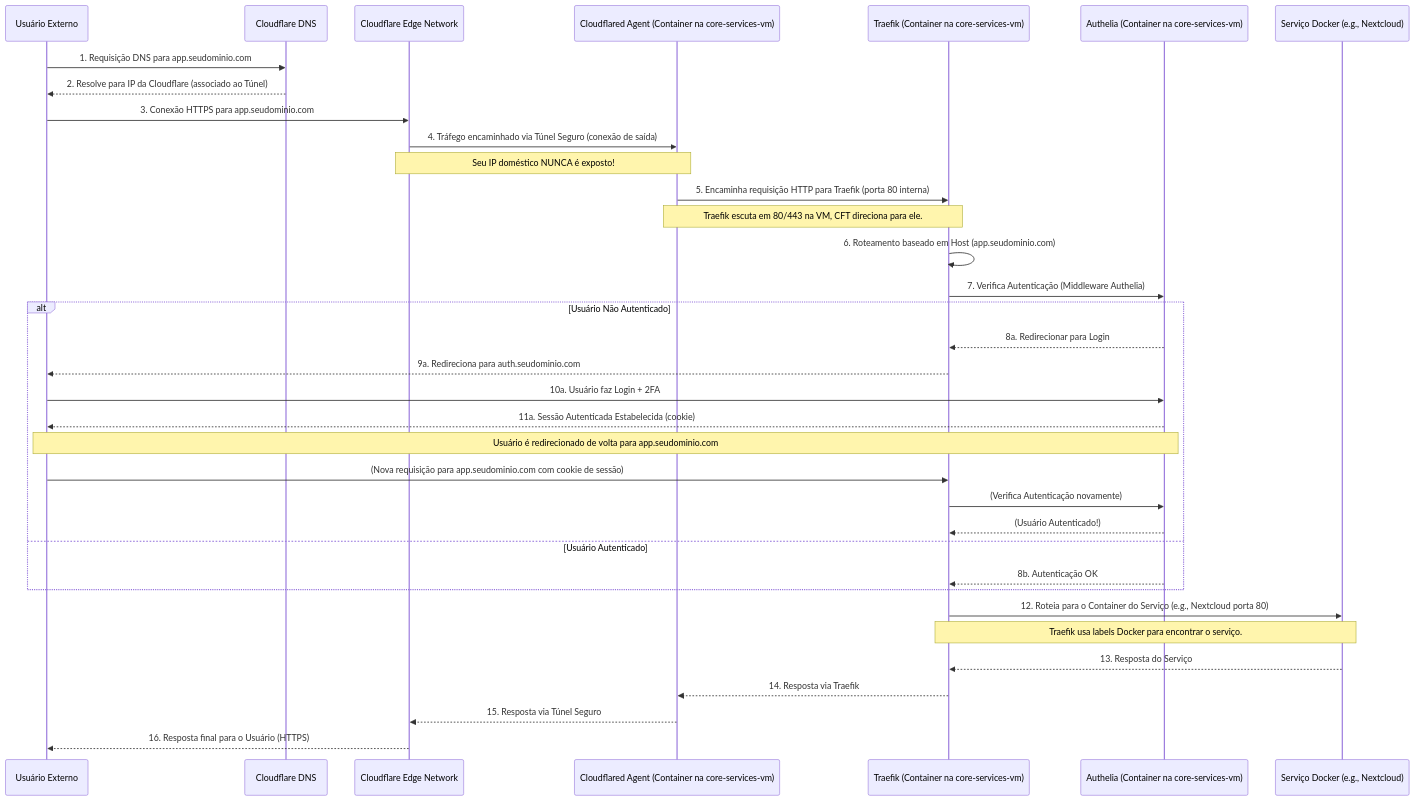
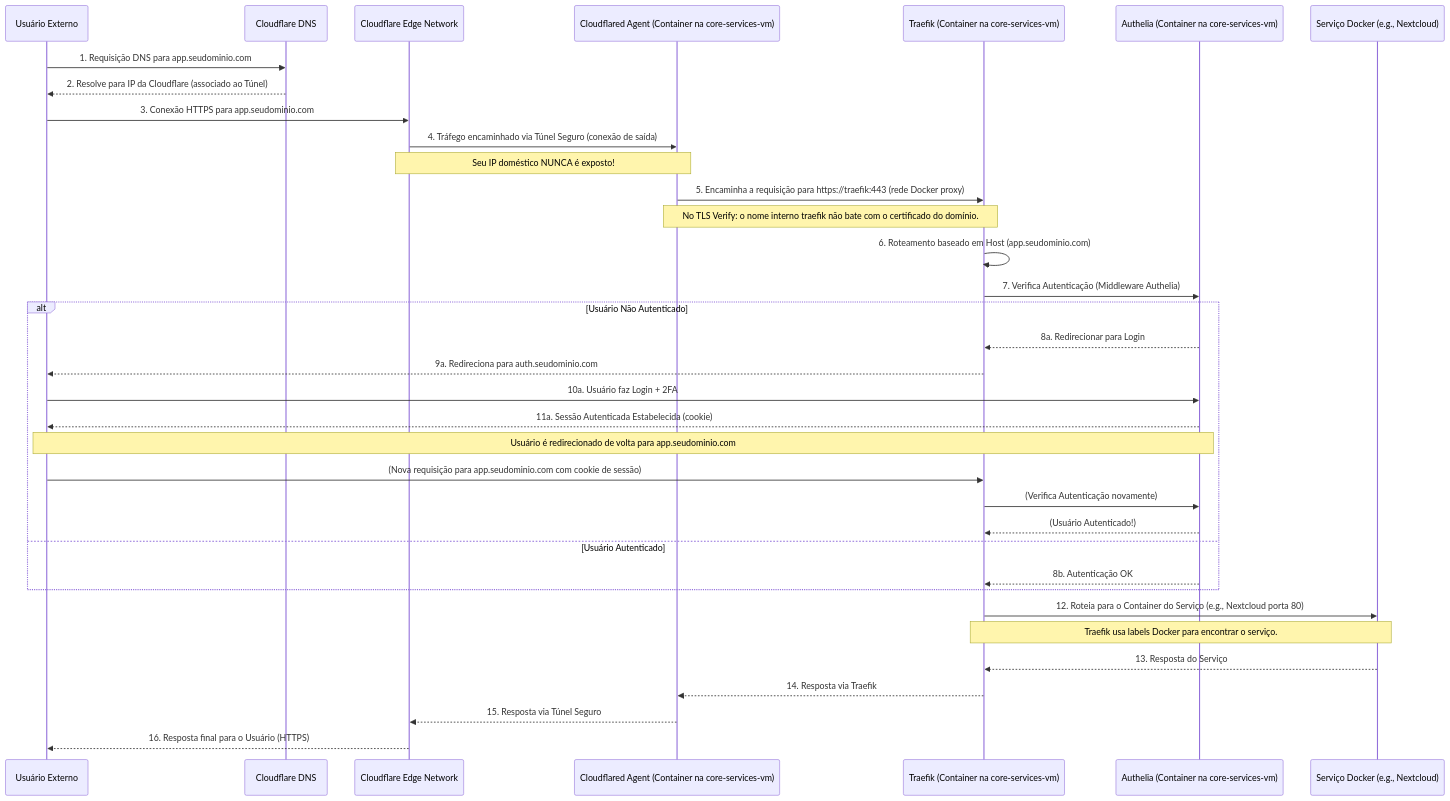
Before and after one commit to lioevano/wiki-home-server: the diagram in wiki/docs/02-visao-geral-arquitetura/01-fluxo-rede-acesso-externo.md, drawn with Mermaid. The commit also changed 24 other files, not shown here.

````diff
--- a/wiki/docs/02-visao-geral-arquitetura/01-fluxo-rede-acesso-externo.md
+++ b/wiki/docs/02-visao-geral-arquitetura/01-fluxo-rede-acesso-externo.md
@@ -13,43 +13,43 @@
 ```mermaid
 sequenceDiagram
     participant U as Usuário Externo
     participant CF_DNS as Cloudflare DNS
     participant CF_Edge as Cloudflare Edge Network
     participant CFT_Agent as Cloudflared Agent (Container na core-services-vm)
     participant Traefik_Proxy as Traefik (Container na core-services-vm)
     participant Authelia_Auth as Authelia (Container na core-services-vm)
     participant App_Service as Serviço Docker (e.g., Nextcloud)
 
     U->>CF_DNS: 1. Requisição DNS para app.seudominio.com
     CF_DNS-->>U: 2. Resolve para IP da Cloudflare (associado ao Túnel)
 
     U->>CF_Edge: 3. Conexão HTTPS para app.seudominio.com
     CF_Edge->>CFT_Agent: 4. Tráfego encaminhado via Túnel Seguro (conexão de saída)
     Note over CF_Edge, CFT_Agent: Seu IP doméstico NUNCA é exposto!
 
-    CFT_Agent->>Traefik_Proxy: 5. Encaminha requisição HTTP para Traefik (porta 80 interna)
-    Note over CFT_Agent, Traefik_Proxy: Traefik escuta em 80/443 na VM, CFT direciona para ele.
+    CFT_Agent->>Traefik_Proxy: 5. Encaminha a requisição para https://traefik:443 (rede Docker proxy)
+    Note over CFT_Agent, Traefik_Proxy: No TLS Verify: o nome interno traefik não bate com o certificado do domínio.
 
     Traefik_Proxy->>Traefik_Proxy: 6. Roteamento baseado em Host (app.seudominio.com)
     Traefik_Proxy->>Authelia_Auth: 7. Verifica Autenticação (Middleware Authelia)
     alt Usuário Não Autenticado
         Authelia_Auth-->>Traefik_Proxy: 8a. Redirecionar para Login
         Traefik_Proxy-->>U: 9a. Redireciona para auth.seudominio.com
         U->>Authelia_Auth: 10a. Usuário faz Login + 2FA
         Authelia_Auth-->>U: 11a. Sessão Autenticada Estabelecida (cookie)
         Note over U,Authelia_Auth: Usuário é redirecionado de volta para app.seudominio.com
         U->>Traefik_Proxy: (Nova requisição para app.seudominio.com com cookie de sessão)
         Traefik_Proxy->>Authelia_Auth: (Verifica Autenticação novamente)
         Authelia_Auth-->>Traefik_Proxy: (Usuário Autenticado!)
     else Usuário Autenticado
         Authelia_Auth-->>Traefik_Proxy: 8b. Autenticação OK
     end
 
     Traefik_Proxy->>App_Service: 12. Roteia para o Container do Serviço (e.g., Nextcloud porta 80)
     Note over Traefik_Proxy,App_Service: Traefik usa labels Docker para encontrar o serviço.
 
     App_Service-->>Traefik_Proxy: 13. Resposta do Serviço
     Traefik_Proxy-->>CFT_Agent: 14. Resposta via Traefik
     CFT_Agent-->>CF_Edge: 15. Resposta via Túnel Seguro
     CF_Edge-->>U: 16. Resposta final para o Usuário (HTTPS)
 ```
````
